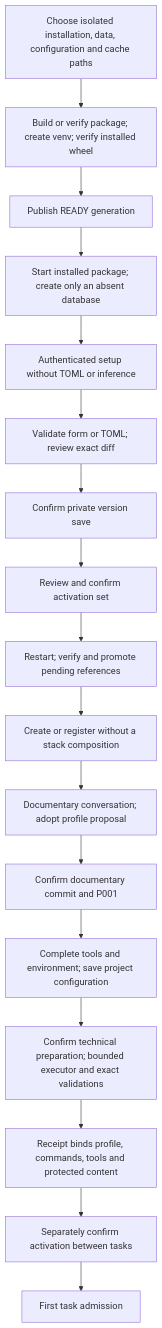
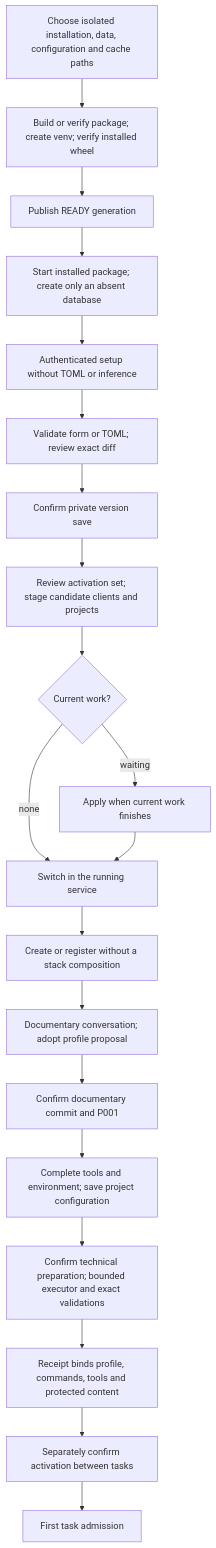
Before and after one commit to AcostaDDev/my-harness: the diagram in docs/flows/configuration-setup.md, drawn with Mermaid. The commit also changed other lines of this file and 43 other files, not shown here.

````diff
--- a/docs/flows/configuration-setup.md
+++ b/docs/flows/configuration-setup.md
@@ -6,19 +6,22 @@
 ```mermaid
 flowchart TD
     I[Choose isolated installation, data, configuration and cache paths] --> V[Build or verify package; create venv; verify installed wheel]
     V --> R[Publish READY generation]
     R --> S[Start installed package; create only an absent database]
     S --> U[Authenticated setup without TOML or inference]
     U --> D[Validate form or TOML; review exact diff]
     D --> G[Confirm private version save]
-    G --> A[Review and confirm activation set]
-    A --> N[Restart; verify and promote pending references]
+    G --> A[Review activation set; stage candidate clients and projects]
+    A --> L{Current work?}
+    L -->|none| N[Switch in the running service]
+    L -->|waiting| H[Apply when current work finishes]
+    H --> N
     N --> C[Create or register without a stack composition]
     C --> P[Documentary conversation; adopt profile proposal]
     P --> B[Confirm documentary commit and P001]
     B --> F[Complete tools and environment; save project configuration]
     F --> T[Confirm technical preparation; bounded executor and exact validations]
     T --> E[Receipt binds profile, commands, tools and protected content]
     E --> Q[Separately confirm activation between tasks]
     Q --> W[First task admission]
 ```
````
